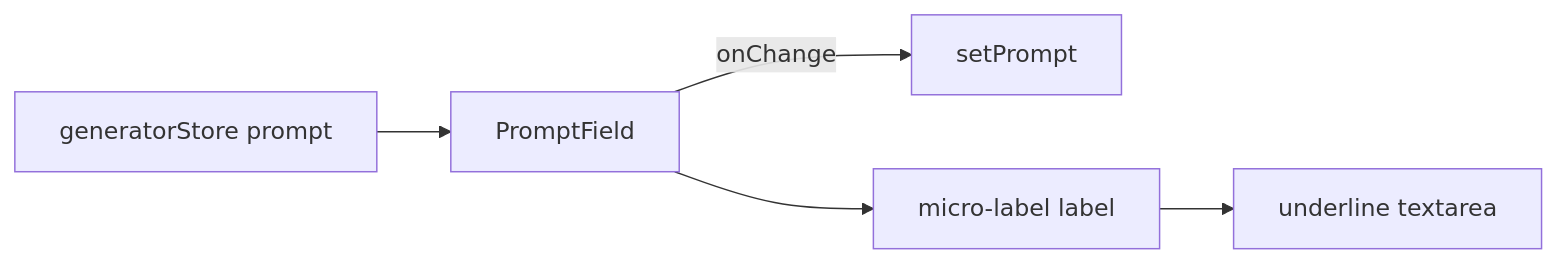
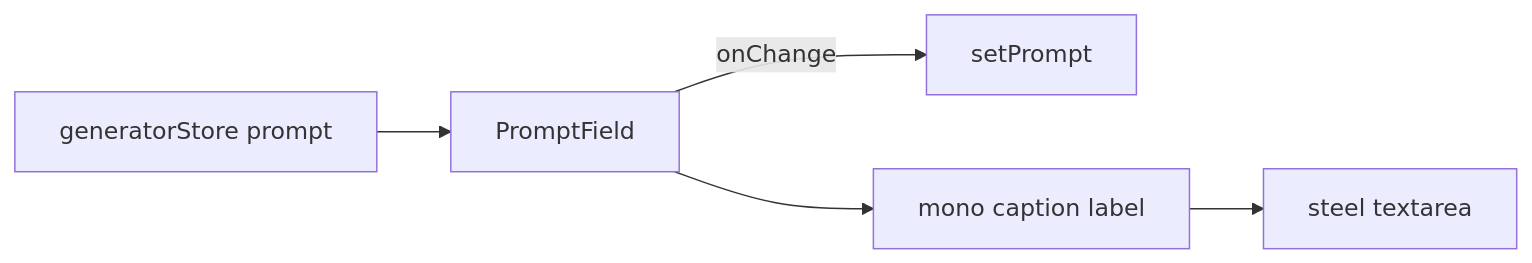
Before and after one commit to AzamatRaimbekov2/openCreate: the diagram in apps/web/src/modules/Generator/components/PromptField.tsx.md, drawn with Mermaid. The commit also changed other lines of this file and 99 other files, not shown here.

````diff
--- a/apps/web/src/modules/Generator/components/PromptField.tsx.md
+++ b/apps/web/src/modules/Generator/components/PromptField.tsx.md
@@ -30,6 +30,6 @@
 ```mermaid
 flowchart LR
   GS[generatorStore prompt] --> PF[PromptField]
   PF -->|onChange| SET[setPrompt]
-  PF --> L[micro-label label] --> TA[underline textarea]
+  PF --> L[mono caption label] --> TA[steel textarea]
 ```
````
